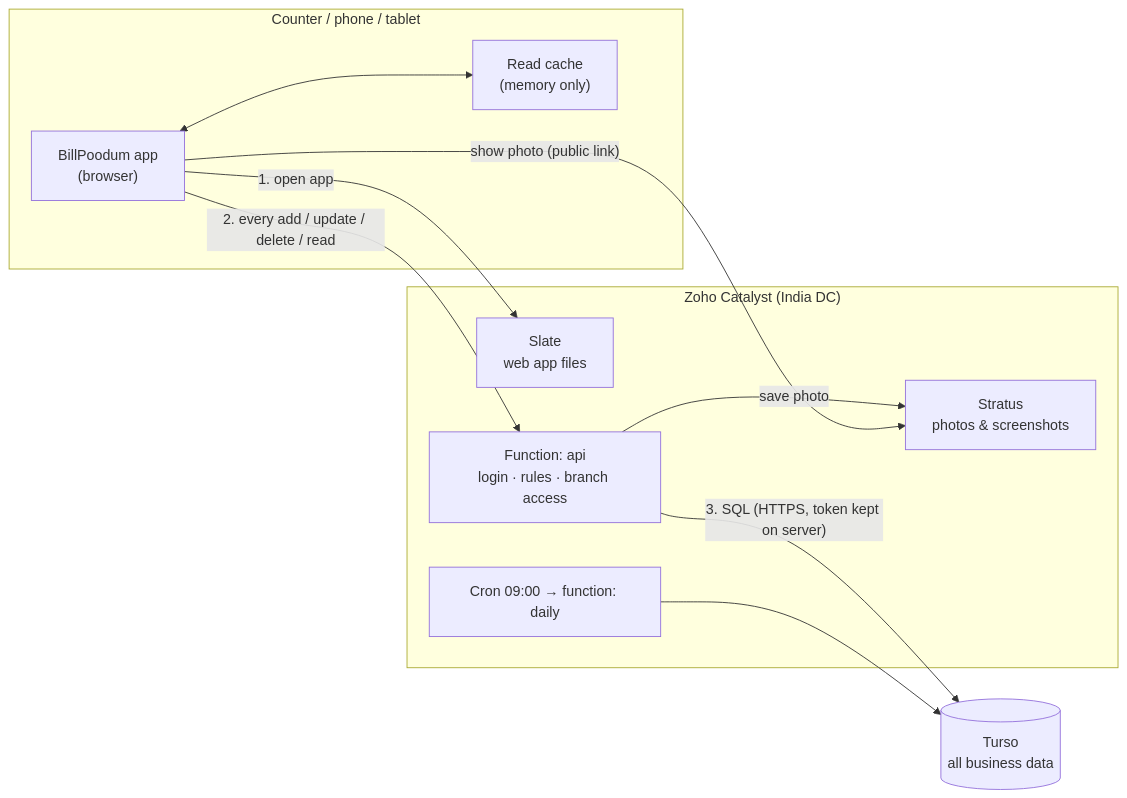
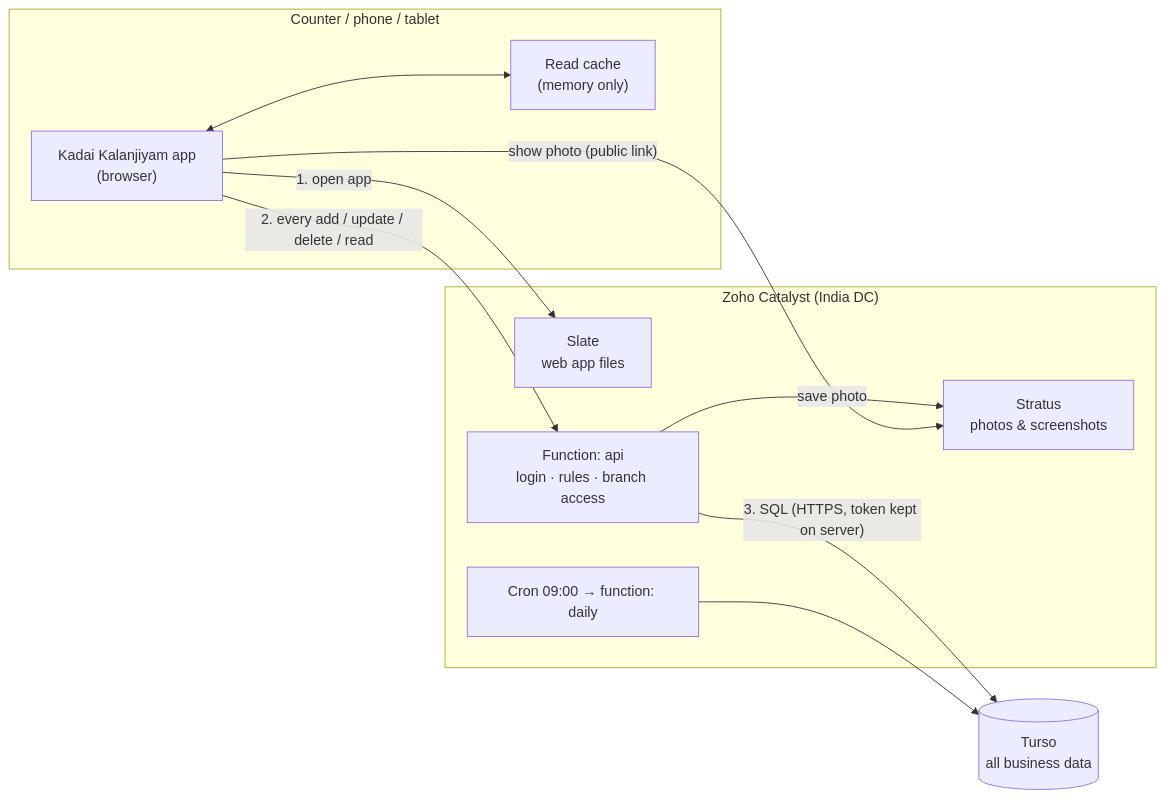
Before and after one commit to yuvankarthi42-hub/Business-Management: the first of 3 diagrams in server/catalyst/CATALYST-TURSO.md, drawn with Mermaid. The commit also changed other lines of this file and 184 other files, not shown here.

First line of the commit message:
Kadai Kalanjiyam: textile, GST, purchases, points, live updates, cost and security fixes

````diff
--- a/server/catalyst/CATALYST-TURSO.md
+++ b/server/catalyst/CATALYST-TURSO.md
@@ -21,22 +21,22 @@
 ```mermaid
 flowchart LR
   subgraph Device["Counter / phone / tablet"]
-    APP["BillPoodum app<br/>(browser)"]
+    APP["Kadai Kalanjiyam app<br/>(browser)"]
     MEM["Read cache<br/>(memory only)"]
     APP <--> MEM
   end
   subgraph Catalyst["Zoho Catalyst (India DC)"]
     SLATE["Slate<br/>web app files"]
     FN["Function: api<br/>login · rules · branch access"]
     CRON["Cron 09:00 → function: daily"]
     STRATUS["Stratus<br/>photos & screenshots"]
   end
   TURSO[("Turso<br/>all business data")]
 
   APP -- "1. open app" --> SLATE
   APP -- "2. every add / update / delete / read" --> FN
   FN -- "3. SQL (HTTPS, token kept on server)" --> TURSO
   FN -- "save photo" --> STRATUS
   APP -- "show photo (public link)" --> STRATUS
   CRON --> TURSO
 ```
````
